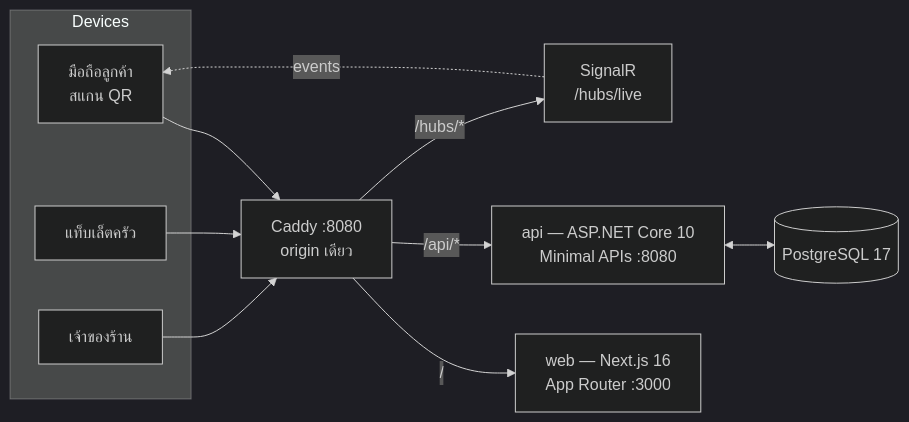
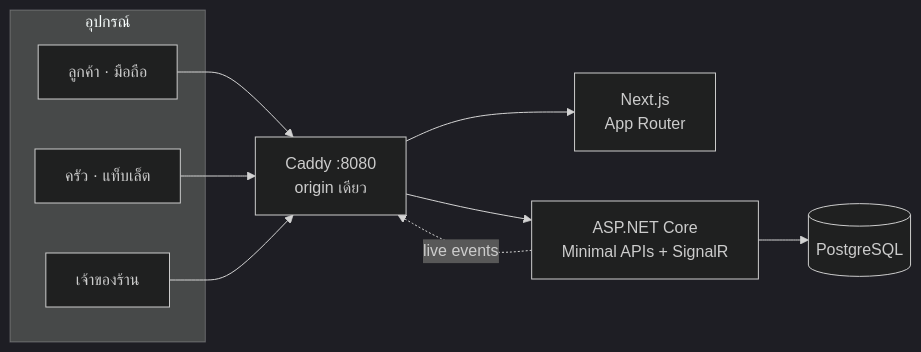
The diagram in README.md (hirun-2542/foodqueue), drawn with Mermaid (dark theme) before and after one commit. The commit also changed other lines of this file, not shown here.

Commit message:
docs: simplify the architecture diagram to one readable flow

````diff
--- a/README.md
+++ b/README.md
@@ -115,23 +115,19 @@
 ```mermaid
 flowchart LR
-  subgraph Devices
-    C[มือถือลูกค้า<br/>สแกน QR]
-    K[แท็บเล็ตครัว]
+  subgraph devices["อุปกรณ์"]
+    C[ลูกค้า · มือถือ]
+    K[ครัว · แท็บเล็ต]
     O[เจ้าของร้าน]
   end
 
   Caddy["Caddy :8080<br/>origin เดียว"]
-  Web["web — Next.js 16<br/>App Router :3000"]
-  Api["api — ASP.NET Core 10<br/>Minimal APIs :8080"]
-  Db[("PostgreSQL 17")]
-  Hub["SignalR<br/>/hubs/live"]
+  Web["Next.js<br/>App Router"]
+  Api["ASP.NET Core<br/>Minimal APIs + SignalR"]
+  Db[("PostgreSQL")]
 
-  C --> Caddy
-  K --> Caddy
-  O --> Caddy
-  Caddy -- "/" --> Web
-  Caddy -- "/api/*" --> Api
-  Caddy -- "/hubs/*" --> Hub
-  Api <--> Db
-  Hub -. events .-> C
+  C & K & O --> Caddy
+  Caddy --> Web
+  Caddy --> Api
+  Api --> Db
+  Api -. live events .-> Caddy
 ```
````
